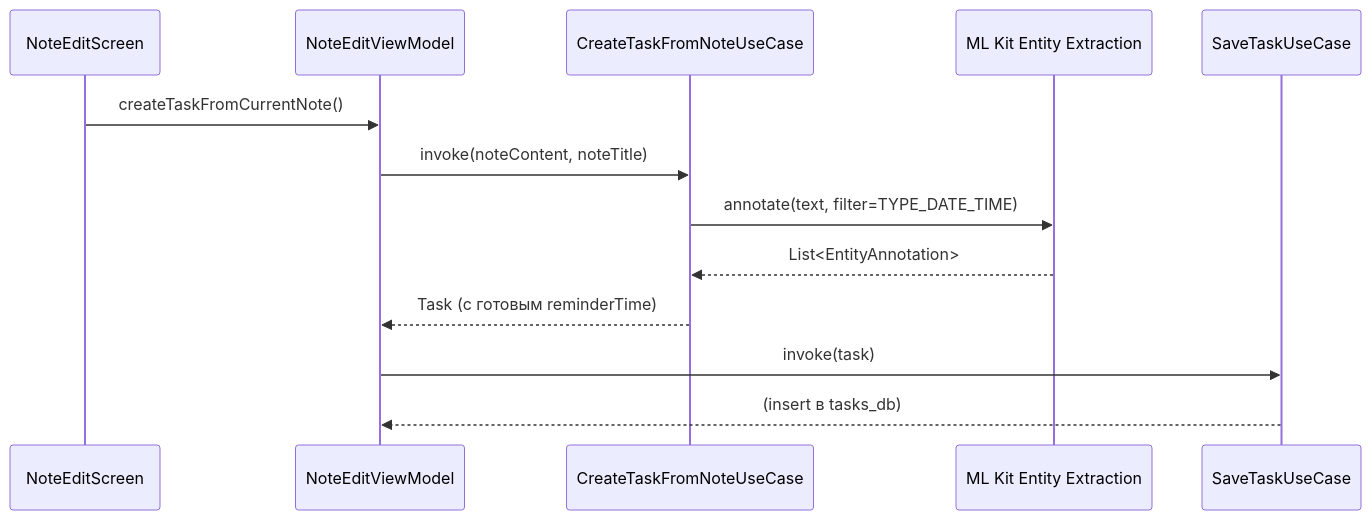
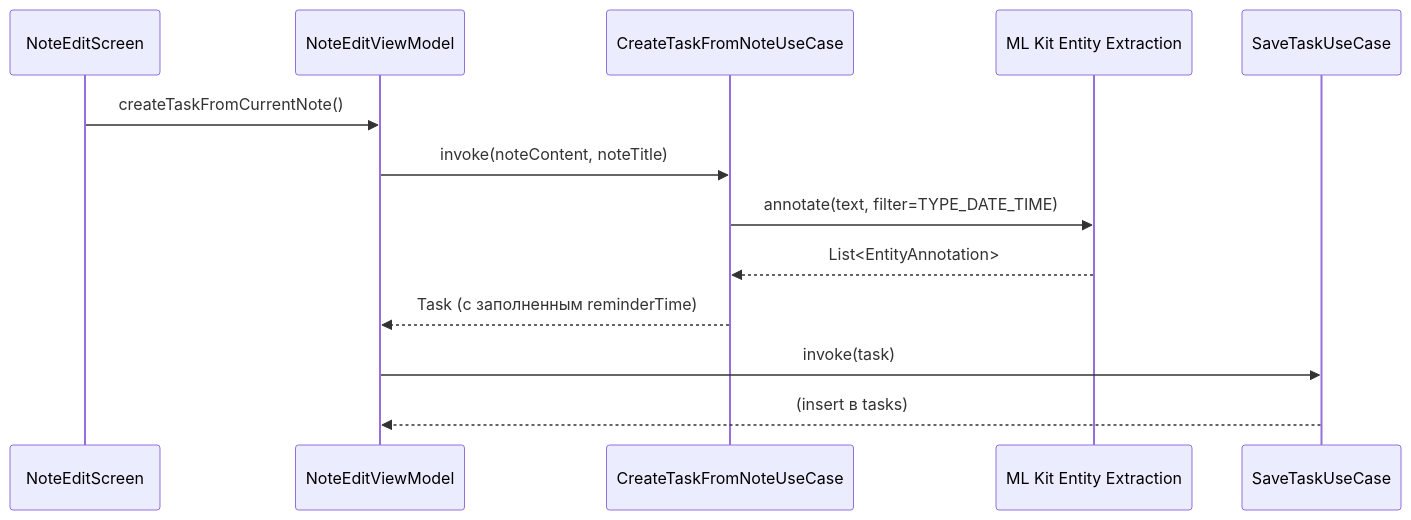
One commit to MaxGog/pagebook-android changed the fifth of 5 diagrams in docs/ARCHITECTURE.md. Above: the diagram before and after it, drawn with Mermaid. The commit also changed other lines of this file and 70 other files, not shown here.

````diff
--- a/docs/ARCHITECTURE.md
+++ b/docs/ARCHITECTURE.md
@@ -177,16 +295,16 @@
 ```mermaid
 sequenceDiagram
     participant UI as NoteEditScreen
     participant VM as NoteEditViewModel
     participant UC as CreateTaskFromNoteUseCase
     participant ML as ML Kit Entity Extraction
     participant Save as SaveTaskUseCase
 
     UI->>VM: createTaskFromCurrentNote()
     VM->>UC: invoke(noteContent, noteTitle)
     UC->>ML: annotate(text, filter=TYPE_DATE_TIME)
     ML-->>UC: List<EntityAnnotation>
-    UC-->>VM: Task (с готовым reminderTime)
+    UC-->>VM: Task (с заполненным reminderTime)
     VM->>Save: invoke(task)
-    Save-->>VM: (insert в tasks_db)
+    Save-->>VM: (insert в tasks)
 ```
````
